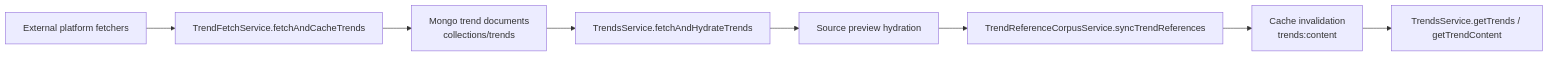
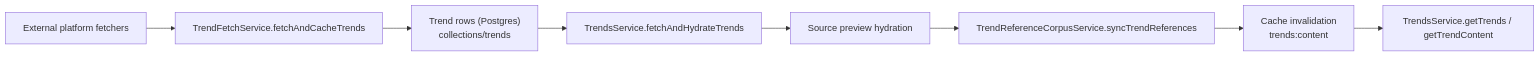
Before and after one commit to genfeedai/genfeed.ai: the second of 2 diagrams in apps/docs/content/core-loop/trend-ingestion.mdx, drawn with Mermaid. The commit also changed 74 other files, not shown here.

````diff
--- a/apps/docs/content/core-loop/trend-ingestion.mdx
+++ b/apps/docs/content/core-loop/trend-ingestion.mdx
@@ -132,10 +132,10 @@
 ```mermaid
 flowchart LR
   A["External platform fetchers"] --> B["TrendFetchService.fetchAndCacheTrends"]
-  B --> C["Mongo trend documents\ncollections/trends"]
+  B --> C["Trend rows (Postgres)\ncollections/trends"]
   C --> D["TrendsService.fetchAndHydrateTrends"]
   D --> E["Source preview hydration"]
   E --> F["TrendReferenceCorpusService.syncTrendReferences"]
   F --> G["Cache invalidation\ntrends:content"]
   G --> H["TrendsService.getTrends / getTrendContent"]
 ```
````
